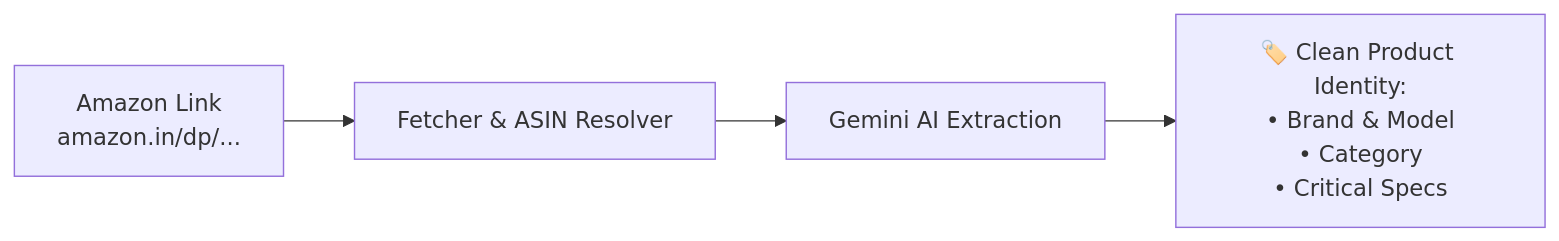
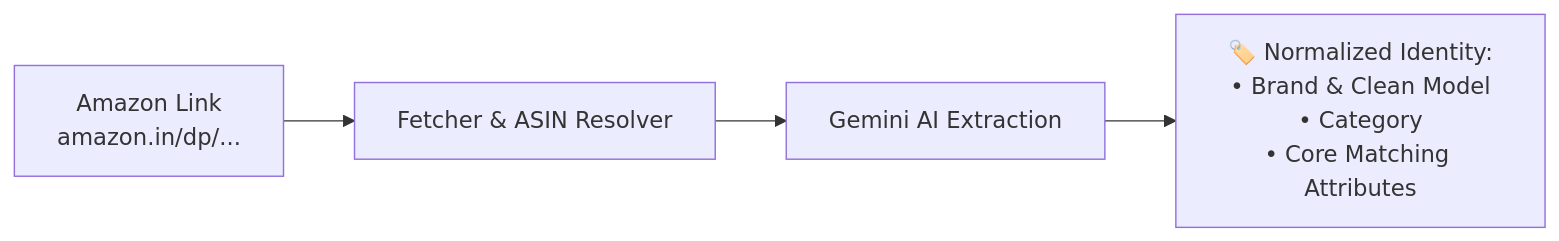
One commit to shlokdubey1k/scruge_assignment changed the second of 5 diagrams in MATCHING_EXPLAINED.md. Above: the diagram before and after it, drawn with Mermaid. The commit also changed other lines of this file and 2 other files, not shown here.

Commit message:
Refine MATCHING_EXPLAINED.md with personal engineering walkthrough and add launcher scripts

````diff
--- a/MATCHING_EXPLAINED.md
+++ b/MATCHING_EXPLAINED.md
@@ -50,6 +53,6 @@
 ```mermaid
 flowchart LR
     Link["Amazon Link<br>amazon.in/dp/..."] --> Scraper["Fetcher & ASIN Resolver"]
     Scraper --> Gemini["Gemini AI Extraction"]
-    Gemini --> Specs["🏷️ Clean Product Identity:<br>• Brand & Model<br>• Category<br>• Critical Specs"]
+    Gemini --> Specs["🏷️ Normalized Identity:<br>• Brand & Clean Model<br>• Category<br>• Core Matching Attributes"]
 ```
````
